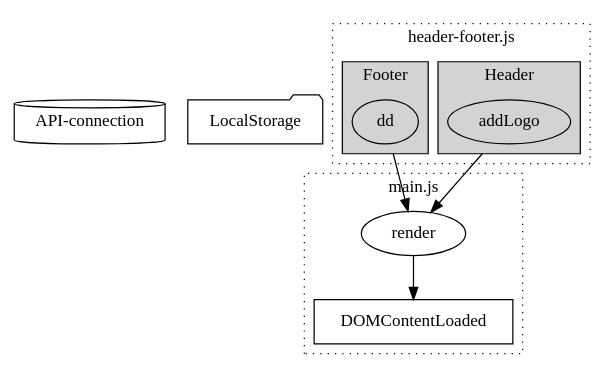
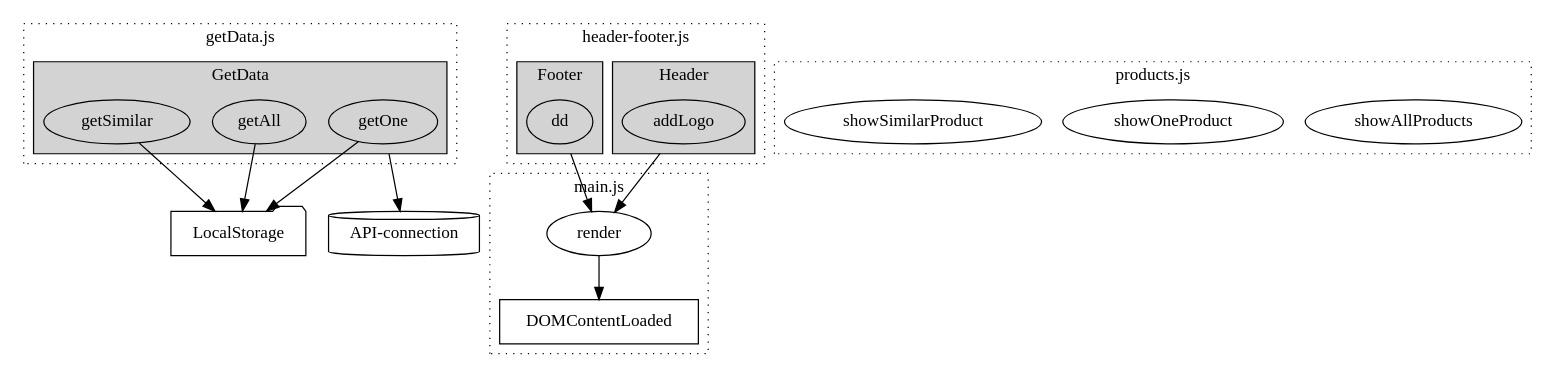
One commit to LektorDahle/javascript1-egil-dahle changed the diagram in _docs/code-model.dot. Above: the diagram before and after it, drawn with Graphviz. The commit also changed 1 other file, not shown here.

```diff
--- a/_docs/code-model.dot
+++ b/_docs/code-model.dot
@@ -1,32 +1,59 @@
 digraph RanyDays {
     compound=true;
     api [ label = "API-connection", shape= "cylinder" ];
     localStorage [ label = "LocalStorage", shape = "folder" ];
 
     
     subgraph main{
         cluster=true;
         label = "main.js";
         style=dotted;
         render [ label = "render" ];
         DOMContentLoaded [ label = "DOMContentLoaded", shape = "rectangle" ];
     }
     subgraph headerFooter{
         cluster=true;
         label = "header-footer.js";
         style=dotted;
         subgraph Header{
             label = "Header";
             style=filled
             addLogo [ label = "addLogo" ];
         }
         subgraph Footer{
             label = "Footer";
             style=filled
          dd[ label = "dd"];
         }
     }
+
+    subgraph getData{
+        cluster=true;
+        label = "getData.js";
+        style=dotted;
+        subgraph GetData{
+            label = "GetData";
+            style=filled
+            getAll[ label = "getAll"];
+            getOne[ label = "getOne"];
+            getSimilar[ label = "getSimilar"];
+        }
+    }
+
+    subgraph products{
+        cluster=true;
+        label = "products.js";
+        style=dotted;
+        showAllProducts;
+        showOneProduct
+        showSimilarProduct
+    }
+
     addLogo -> render [ltail=Header];
     dd -> render [ltail=Footer];
+    getOne -> api [ltail=GetData];
+    getOne -> localStorage;
+    getAll -> localStorage;
+    getSimilar -> localStorage;
     render -> DOMContentLoaded;
 }
```
